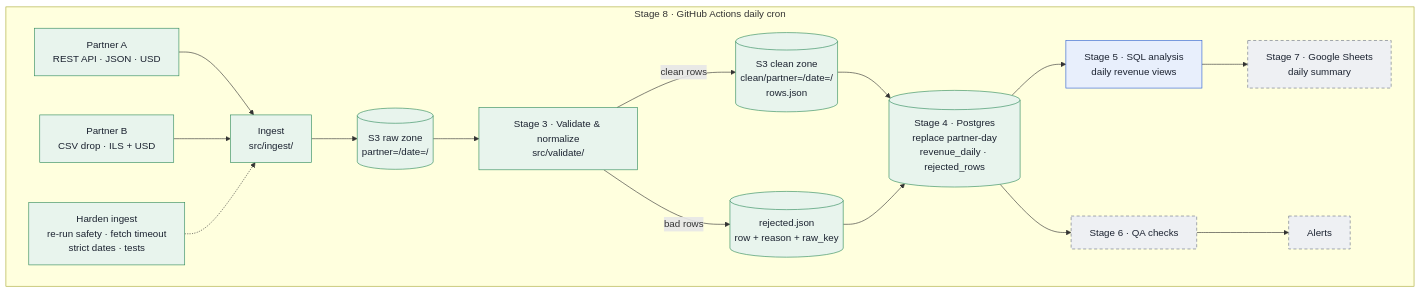
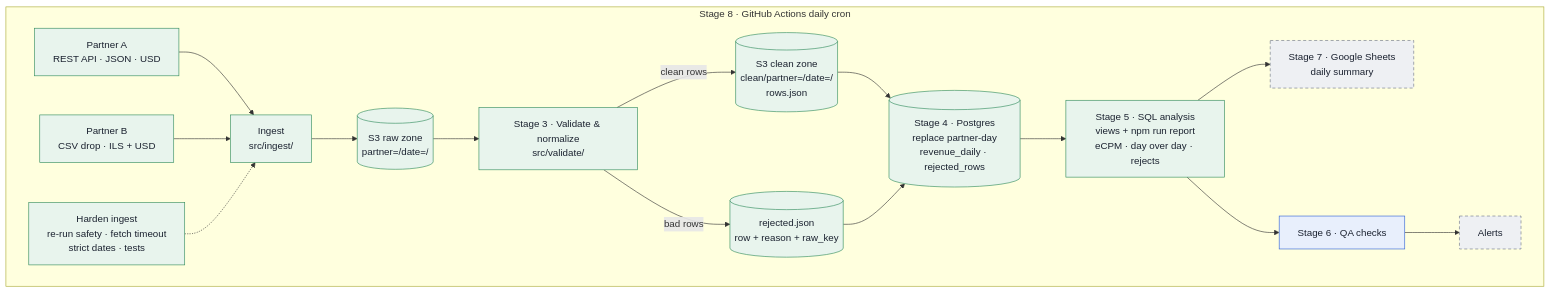
Before and after one commit to RonEstrin12/adtech-revenue-pipeline: the diagram in docs/ARCHITECTURE.md, drawn with Mermaid. The commit also changed other lines of this file and 13 other files, not shown here.

First line of the commit message:
Add stage 5: SQL analysis views and daily report

````diff
--- a/docs/ARCHITECTURE.md
+++ b/docs/ARCHITECTURE.md
@@ -6,35 +6,35 @@
 ```mermaid
 flowchart LR
     subgraph sched["Stage 8 · GitHub Actions daily cron"]
         direction LR
         A["Partner A<br/>REST API · JSON · USD"]:::done
         B["Partner B<br/>CSV drop · ILS + USD"]:::done
         ING["Ingest<br/>src/ingest/"]:::done
         FIX["Harden ingest<br/>re-run safety · fetch timeout<br/>strict dates · tests"]:::done
         RAW[("S3 raw zone<br/>partner=/date=/")]:::done
         VAL["Stage 3 · Validate & normalize<br/>src/validate/"]:::done
         CLEAN[("S3 clean zone<br/>clean/partner=/date=/<br/>rows.json")]:::done
         REJ[("rejected.json<br/>row + reason + raw_key")]:::done
         PG[("Stage 4 · Postgres<br/>replace partner-day<br/>revenue_daily · rejected_rows")]:::done
-        SQL["Stage 5 · SQL analysis<br/>daily revenue views"]:::next
-        QA["Stage 6 · QA checks"]:::later
+        SQL["Stage 5 · SQL analysis<br/>views + npm run report<br/>eCPM · day over day · rejects"]:::done
+        QA["Stage 6 · QA checks"]:::next
         AL["Alerts"]:::later
         GS["Stage 7 · Google Sheets<br/>daily summary"]:::later
 
         A --> ING
         B --> ING
         FIX -.-> ING
         ING --> RAW --> VAL
         VAL -- clean rows --> CLEAN --> PG
         VAL -- bad rows --> REJ
         PG --> SQL --> GS
-        PG --> QA
+        SQL --> QA
         REJ --> PG
         QA --> AL
     end
 
     classDef done fill:#e8f4ed,stroke:#2f8a5b,color:#1b2230
     classDef fix fill:#fdf1df,stroke:#b26a00,color:#1b2230
     classDef next fill:#e8effc,stroke:#2c5fd4,color:#1b2230
     classDef later fill:#eef0f3,stroke:#6b7385,stroke-dasharray:5 4,color:#1b2230
 ```
````
